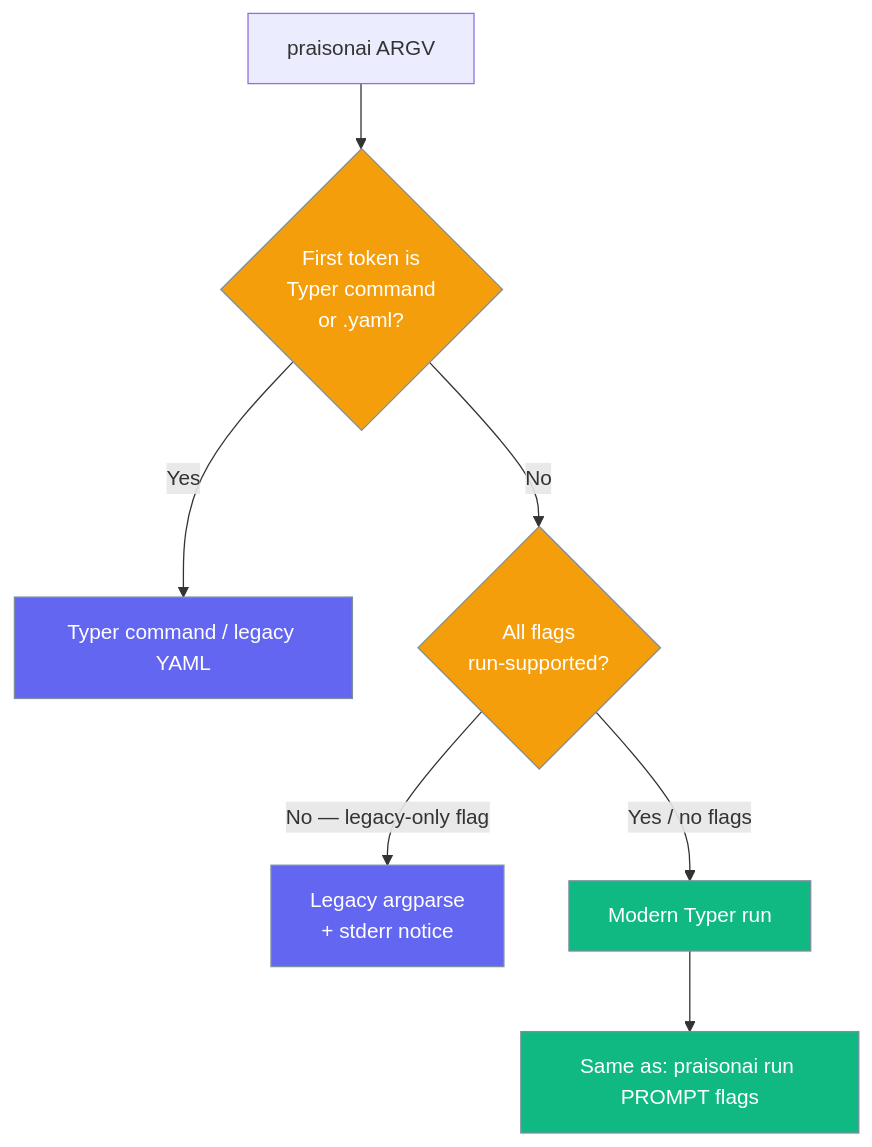
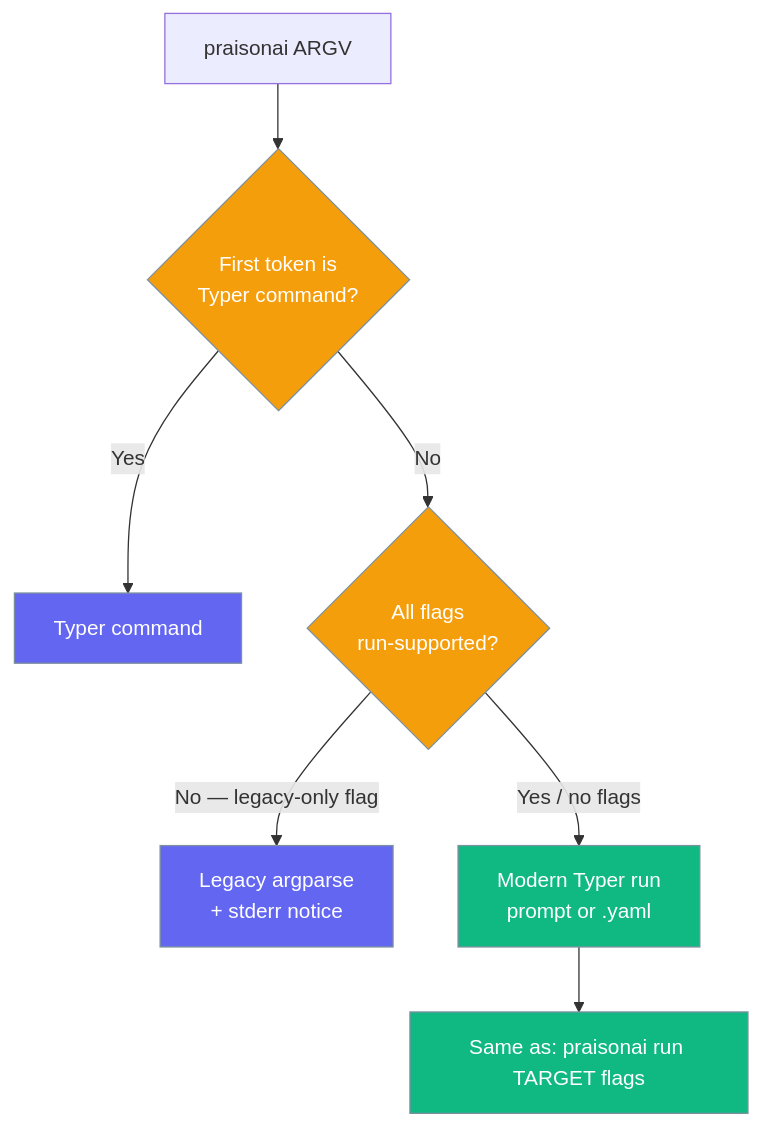
The first of 12 diagrams in docs/cli/run.mdx (MervinPraison/PraisonAIDocs), drawn with Mermaid before and after one commit. The commit also changed other lines of this file and 3 other files, not shown here.

First line of the commit message:
docs: route YAML workflows through modern run engine (fixes #2822)

````diff
--- a/docs/cli/run.mdx
+++ b/docs/cli/run.mdx
@@ -57,17 +59,17 @@
 ```mermaid
 graph TB
-    A[praisonai ARGV] --> B{First token is<br/>Typer command<br/>or .yaml?}
-    B -->|Yes| C[Typer command / legacy YAML]
+    A[praisonai ARGV] --> B{First token is<br/>Typer command?}
+    B -->|Yes| C[Typer command]
     B -->|No| D{All flags<br/>run-supported?}
     D -->|No — legacy-only flag| E[Legacy argparse<br/>+ stderr notice]
-    D -->|Yes / no flags| F[Modern Typer run]
-    F --> G[Same as: praisonai run PROMPT flags]
+    D -->|Yes / no flags| F[Modern Typer run<br/>prompt or .yaml]
+    F --> G[Same as: praisonai run TARGET flags]
 
     classDef decision fill:#F59E0B,stroke:#7C90A0,color:#fff
     classDef legacy fill:#6366F1,stroke:#7C90A0,color:#fff
     classDef modern fill:#10B981,stroke:#7C90A0,color:#fff
 
     class B,D decision
     class C,E legacy
     class F,G modern
 ```
````
